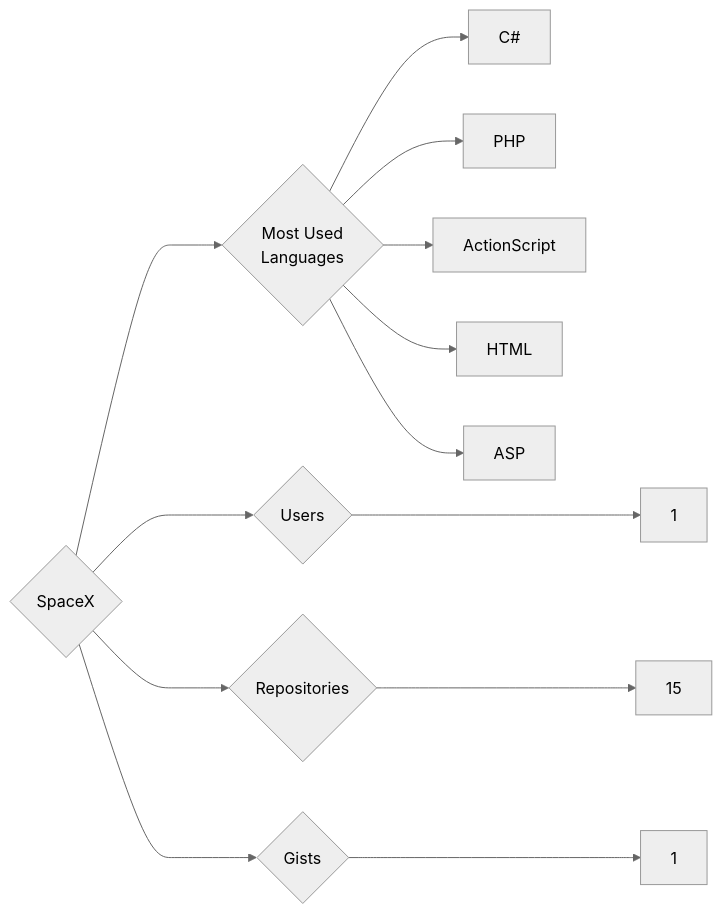
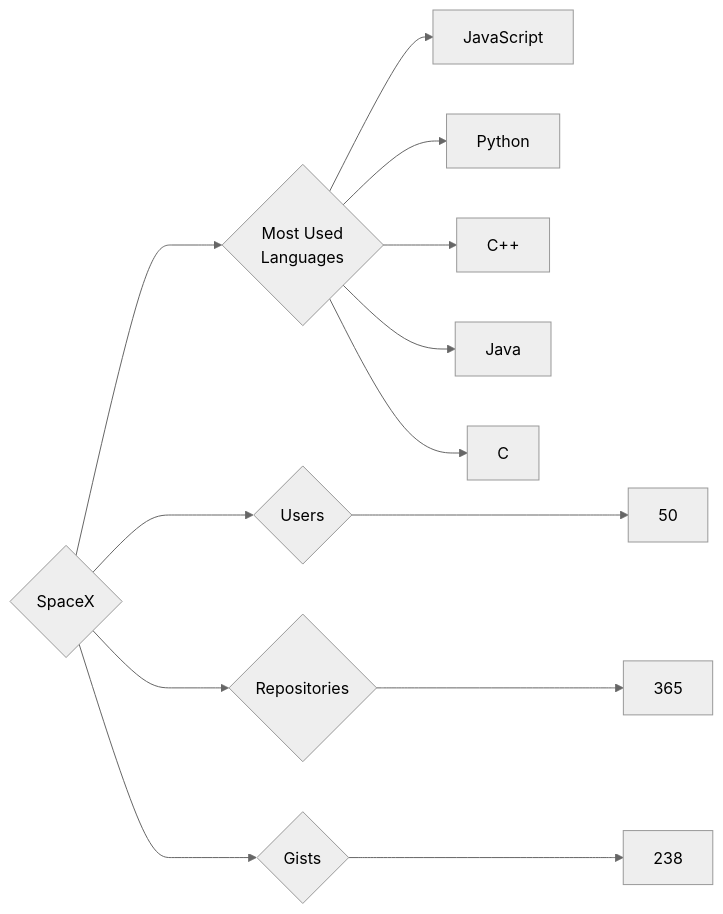
One commit to trickest/insiders changed the diagram in targets/SpaceX/README.md. Above: the diagram before and after it, drawn with Mermaid (neutral theme). The commit also changed 715 other files, not shown here.

````diff
--- a/targets/SpaceX/README.md
+++ b/targets/SpaceX/README.md
@@ -3,13 +3,13 @@
 ```mermaid
 graph LR
 COMPANY_NAME{SpaceX}
-COMPANY_NAME ---> U{Users} ---> UN[1]
-COMPANY_NAME ---> R{Repositories} ---> RN[15]
-COMPANY_NAME ---> G{Gists} ---> GN[1]
+COMPANY_NAME ---> U{Users} ---> UN[50]
+COMPANY_NAME ---> R{Repositories} ---> RN[365]
+COMPANY_NAME ---> G{Gists} ---> GN[238]
 COMPANY_NAME ---> ML{Most Used<br>Languages}
-ML --> C#[C#]
-ML --> PHP[PHP]
-ML --> ActionScript[ActionScript]
-ML --> HTML[HTML]
-ML --> ASP[ASP]
+ML --> JavaScript[JavaScript]
+ML --> Python[Python]
+ML --> C++[C++]
+ML --> Java[Java]
+ML --> C[C]
 ```
````
